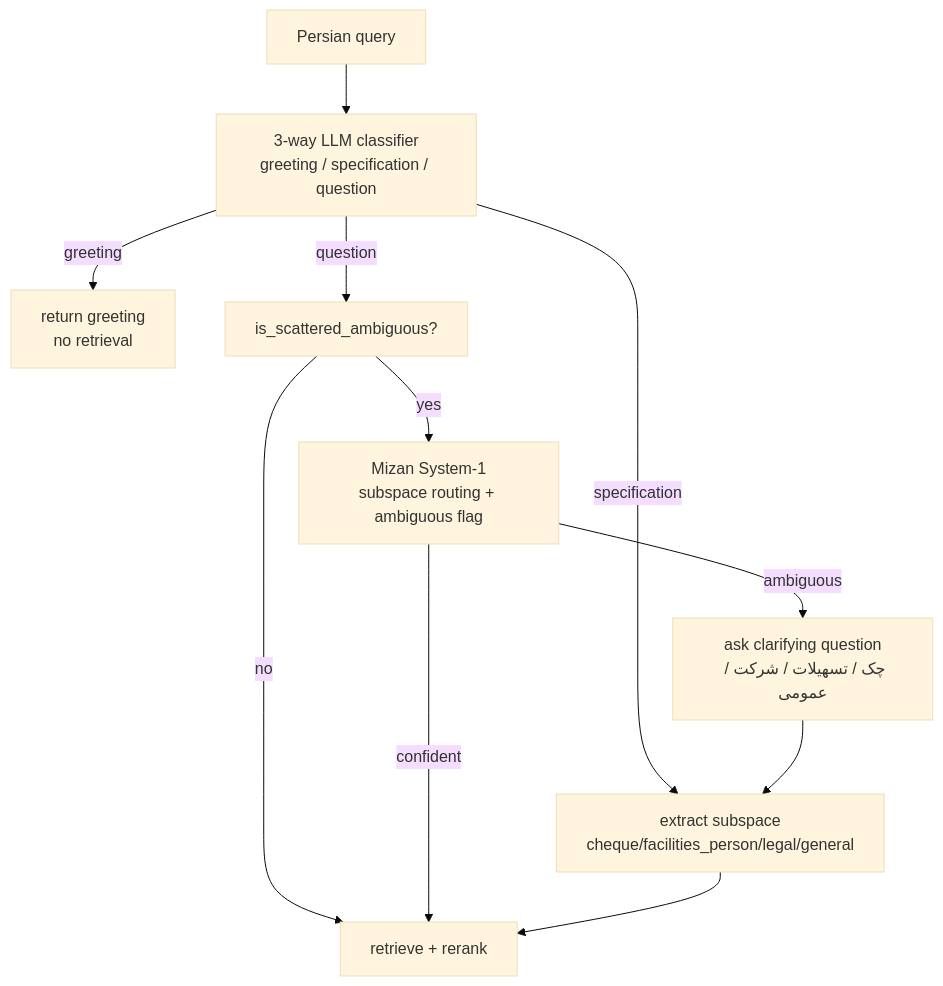
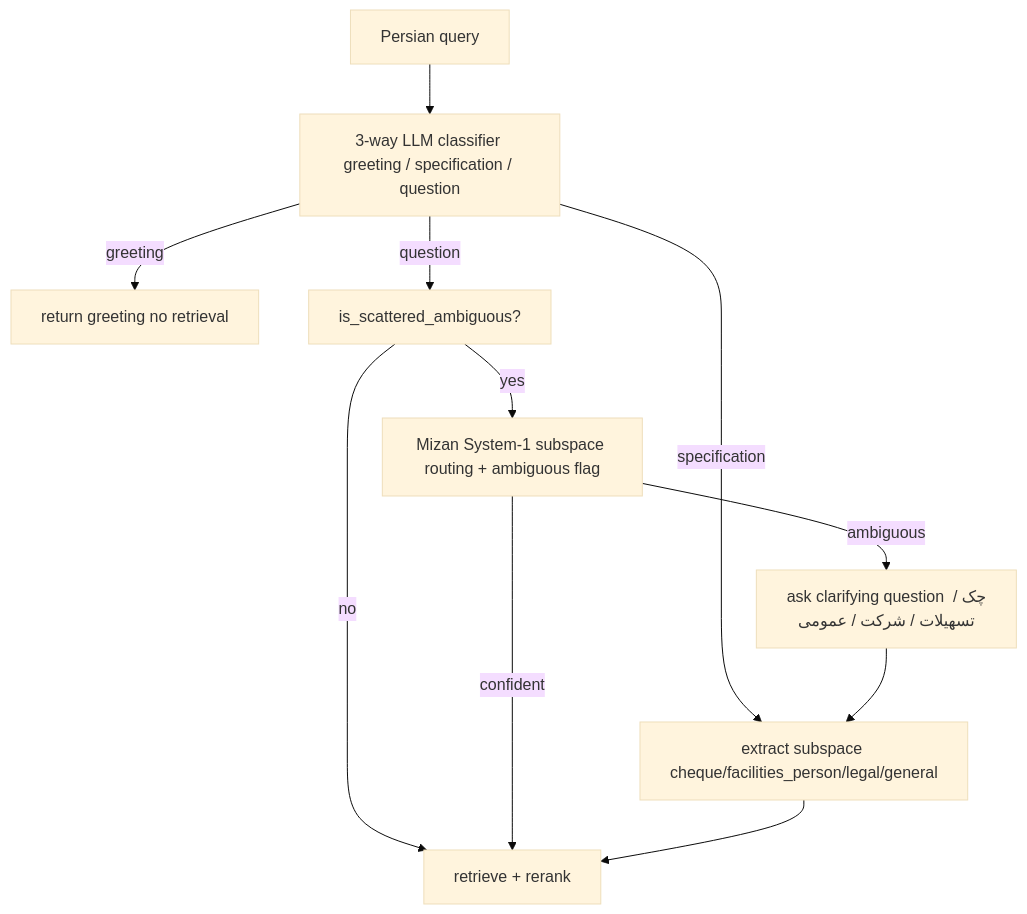
One commit to AliNikkhah2001/Work_RAG-KB changed the third of 12 diagrams in kb-manager/README.md. Above: the diagram before and after it, drawn with Mermaid (base theme). The commit also changed other lines of this file, not shown here.

Commit message:
docs(kb-manager): remove <br/> tags from mermaid diagrams for compilation

````diff
--- a/kb-manager/README.md
+++ b/kb-manager/README.md
@@ -72,13 +72,13 @@
 ```mermaid
 flowchart TD
-    Q[Persian query] --> CLASSIFY[3-way LLM classifier<br/>greeting / specification / question]
-    CLASSIFY -->|greeting| GREET[return greeting<br/>no retrieval]
-    CLASSIFY -->|specification| SPEC[extract subspace<br/>cheque/facilities_person/legal/general]
+    Q[Persian query] --> CLASSIFY[3-way LLM classifier greeting / specification / question]
+    CLASSIFY -->|greeting| GREET[return greeting no retrieval]
+    CLASSIFY -->|specification| SPEC[extract subspace cheque/facilities_person/legal/general]
     CLASSIFY -->|question| T5[is_scattered_ambiguous?]
     T5 -->|no| RETRIEVE[retrieve + rerank]
-    T5 -->|yes| AMBIG[Mizan System-1<br/>subspace routing + ambiguous flag]
+    T5 -->|yes| AMBIG[Mizan System-1 subspace routing + ambiguous flag]
     AMBIG -->|confident| RETRIEVE
-    AMBIG -->|ambiguous| CLARIFY[ask clarifying question<br/>چک / تسهیلات / شرکت / عمومی]
+    AMBIG -->|ambiguous| CLARIFY[ask clarifying question چک / تسهیلات / شرکت / عمومی]
     CLARIFY --> SPEC
     SPEC --> RETRIEVE
 ```
````
